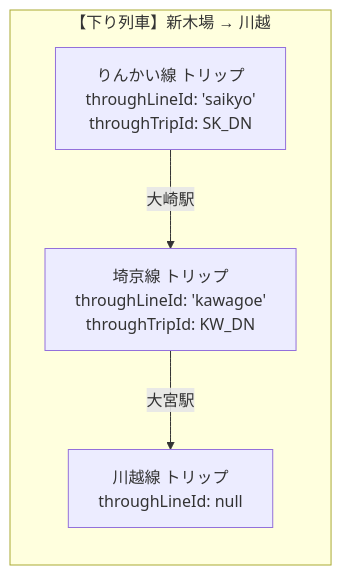
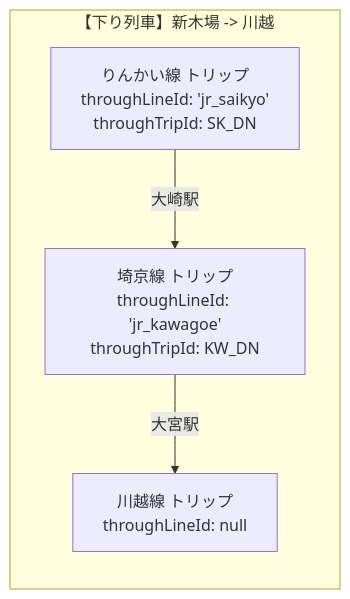
Before and after one commit to GenbuHase/Trainfo: the third of 4 diagrams in docs/ROUTE_EXPANSION_PLAYBOOK.md, drawn with Mermaid. The commit also changed other lines of this file and 9 other files, not shown here.

````diff
--- a/docs/ROUTE_EXPANSION_PLAYBOOK.md
+++ b/docs/ROUTE_EXPANSION_PLAYBOOK.md
@@ -617,7 +387,7 @@
 ```mermaid
 flowchart LR
-    subgraph 下り列車 ["【下り列車】新木場 → 川越"]
-        RK_DN["りんかい線 トリップ<br/>throughLineId: 'saikyo'<br/>throughTripId: SK_DN"] -->|大崎駅| SK_DN["埼京線 トリップ<br/>throughLineId: 'kawagoe'<br/>throughTripId: KW_DN"]
+    subgraph 下り列車 ["【下り列車】新木場 -> 川越"]
+        RK_DN["りんかい線 トリップ<br/>throughLineId: 'jr_saikyo'<br/>throughTripId: SK_DN"] -->|大崎駅| SK_DN["埼京線 トリップ<br/>throughLineId: 'jr_kawagoe'<br/>throughTripId: KW_DN"]
         SK_DN -->|大宮駅| KW_DN["川越線 トリップ<br/>throughLineId: null"]
     end
 ```
````
